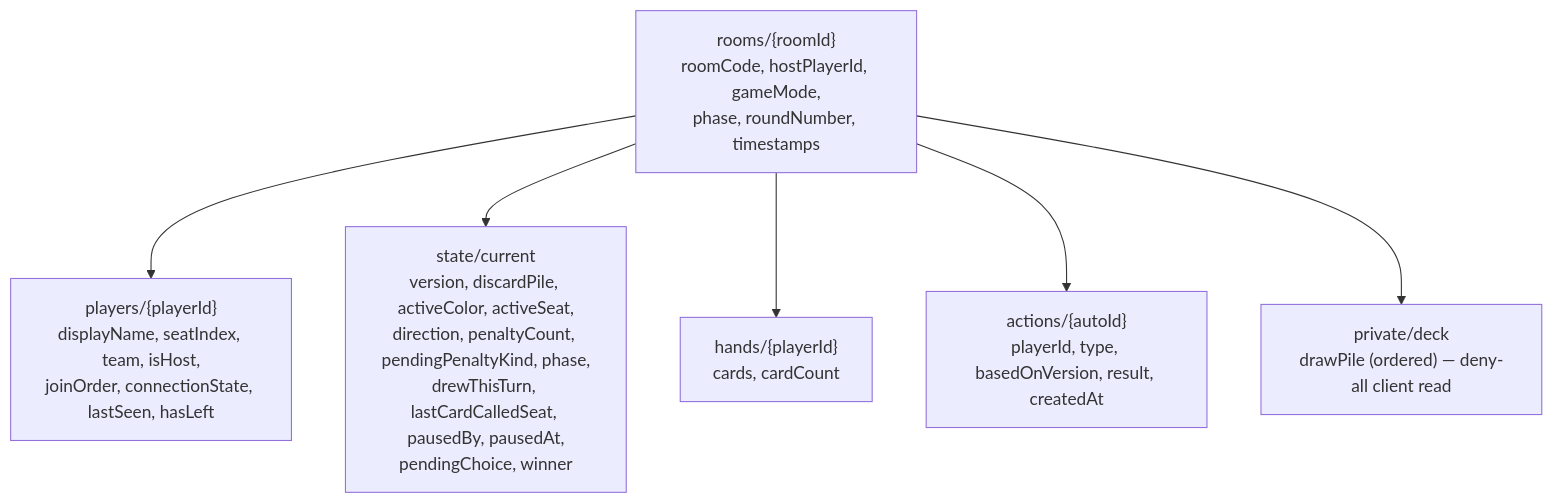
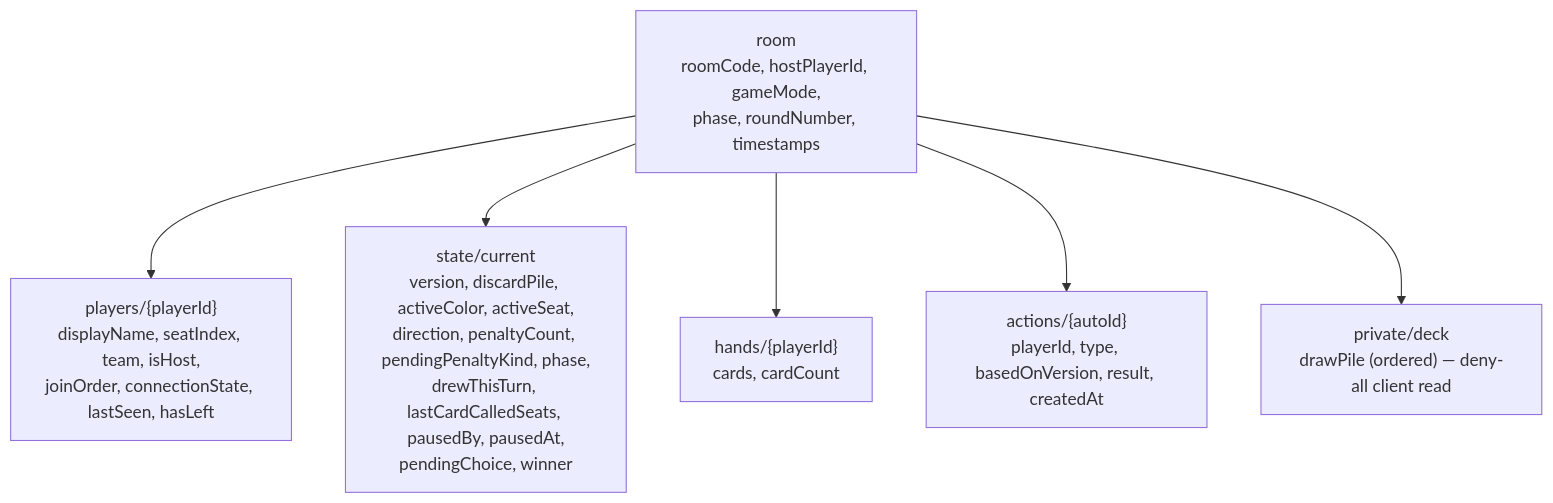
Before and after one commit to livanuj/homemade_Uno: the third of 7 diagrams in .kiro/specs/homemade-uno/design.md, drawn with Mermaid. The commit also changed other lines of this file and 130 other files, not shown here.

````diff
--- a/.kiro/specs/homemade-uno/design.md
+++ b/.kiro/specs/homemade-uno/design.md
@@ -120,14 +122,14 @@
 ```mermaid
 graph TD
-  R["rooms/{roomId}<br/>roomCode, hostPlayerId, gameMode,<br/>phase, roundNumber, timestamps"]
+  R["room<br/>roomCode, hostPlayerId, gameMode,<br/>phase, roundNumber, timestamps"]
   P["players/{playerId}<br/>displayName, seatIndex, team, isHost,<br/>joinOrder, connectionState, lastSeen, hasLeft"]
-  S["state/current<br/>version, discardPile, activeColor, activeSeat,<br/>direction, penaltyCount, pendingPenaltyKind, phase,<br/>drewThisTurn, lastCardCalledSeat, pausedBy, pausedAt,<br/>pendingChoice, winner"]
+  S["state/current<br/>version, discardPile, activeColor, activeSeat,<br/>direction, penaltyCount, pendingPenaltyKind, phase,<br/>drewThisTurn, lastCardCalledSeats, pausedBy, pausedAt,<br/>pendingChoice, winner"]
   H["hands/{playerId}<br/>cards, cardCount"]
   A["actions/{autoId}<br/>playerId, type, basedOnVersion, result, createdAt"]
   D["private/deck<br/>drawPile (ordered) — deny-all client read"]
   R --> P
   R --> S
   R --> H
   R --> A
   R --> D
 ```
````
